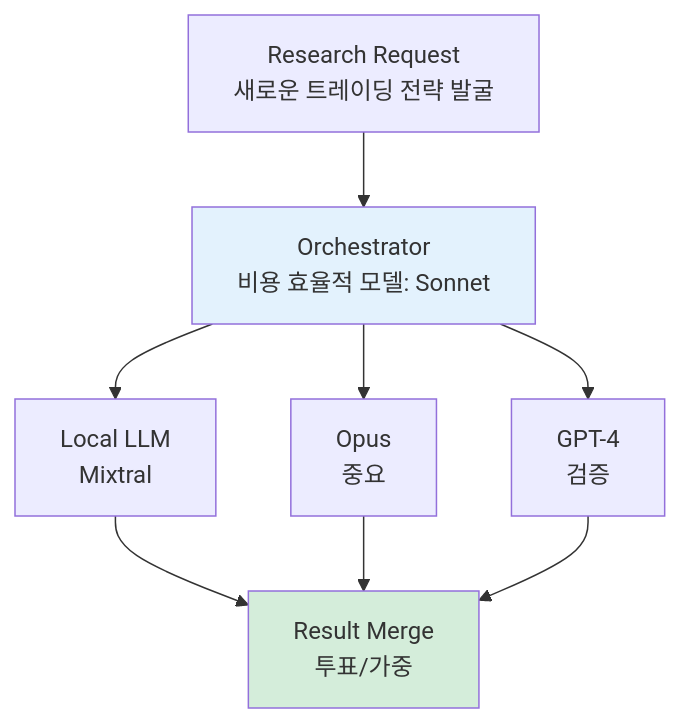
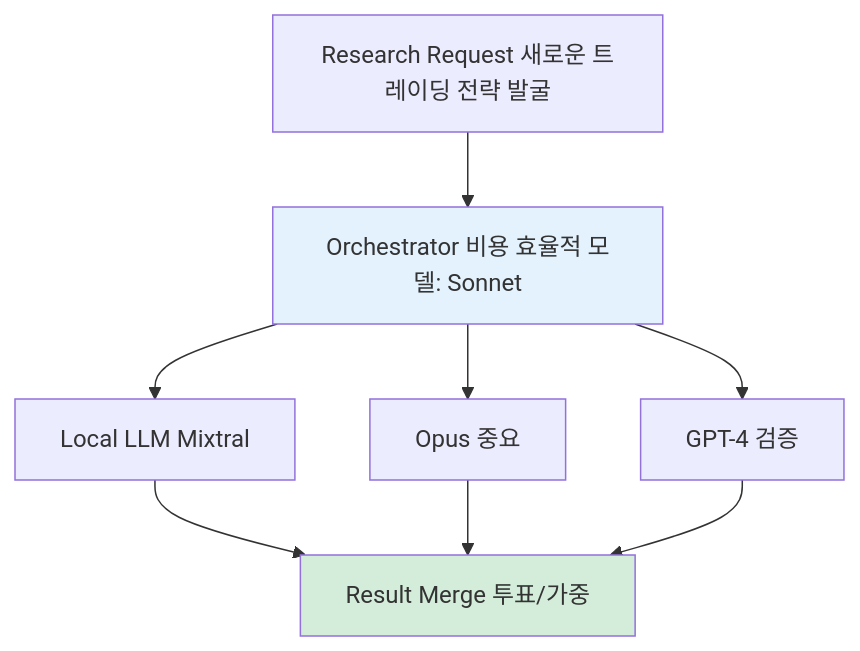
The first of 2 diagrams in appendix-a/A06.md (Kanghyeop/pages-book-agent101), drawn with Mermaid before and after one commit. The commit also changed 48 other files, not shown here.

First line of the commit message:
fix: Mermaid 렌더링 + SVG 경로 수정

````diff
--- a/appendix-a/A06.md
+++ b/appendix-a/A06.md
@@ -118,15 +118,15 @@
 ```mermaid
 flowchart TB
-    A[Research Request<br/>새로운 트레이딩 전략 발굴] --> B[Orchestrator<br/>비용 효율적 모델: Sonnet]
+    A[Research Request 새로운 트레이딩 전략 발굴] --> B[Orchestrator 비용 효율적 모델: Sonnet]
 
-    B --> C[Local LLM<br/>Mixtral]
-    B --> D[Opus<br/>중요]
-    B --> E[GPT-4<br/>검증]
+    B --> C[Local LLM Mixtral]
+    B --> D[Opus 중요]
+    B --> E[GPT-4 검증]
 
-    C --> F[Result Merge<br/>투표/가중]
+    C --> F[Result Merge 투표/가중]
     D --> F
     E --> F
 
     style B fill:#E3F2FD
     style F fill:#D4EDDA
 ```
````
